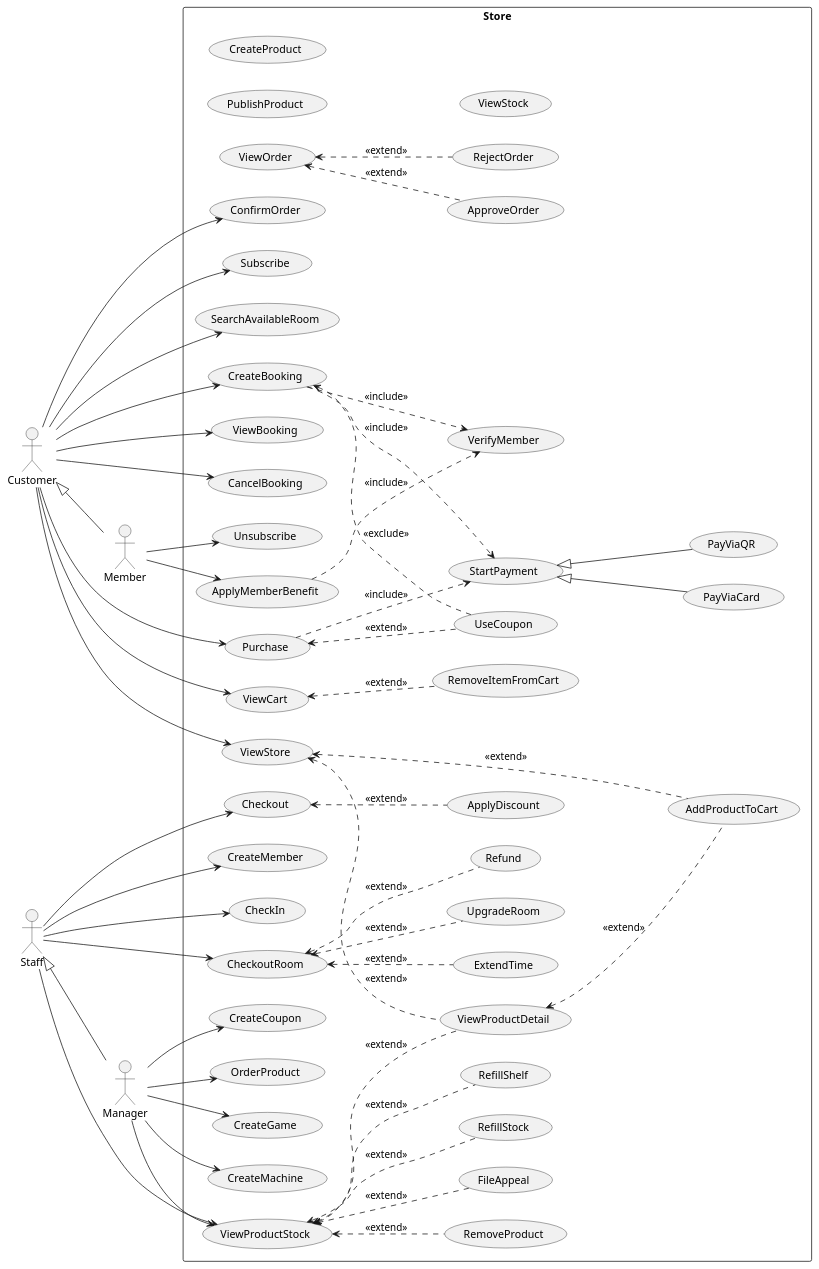
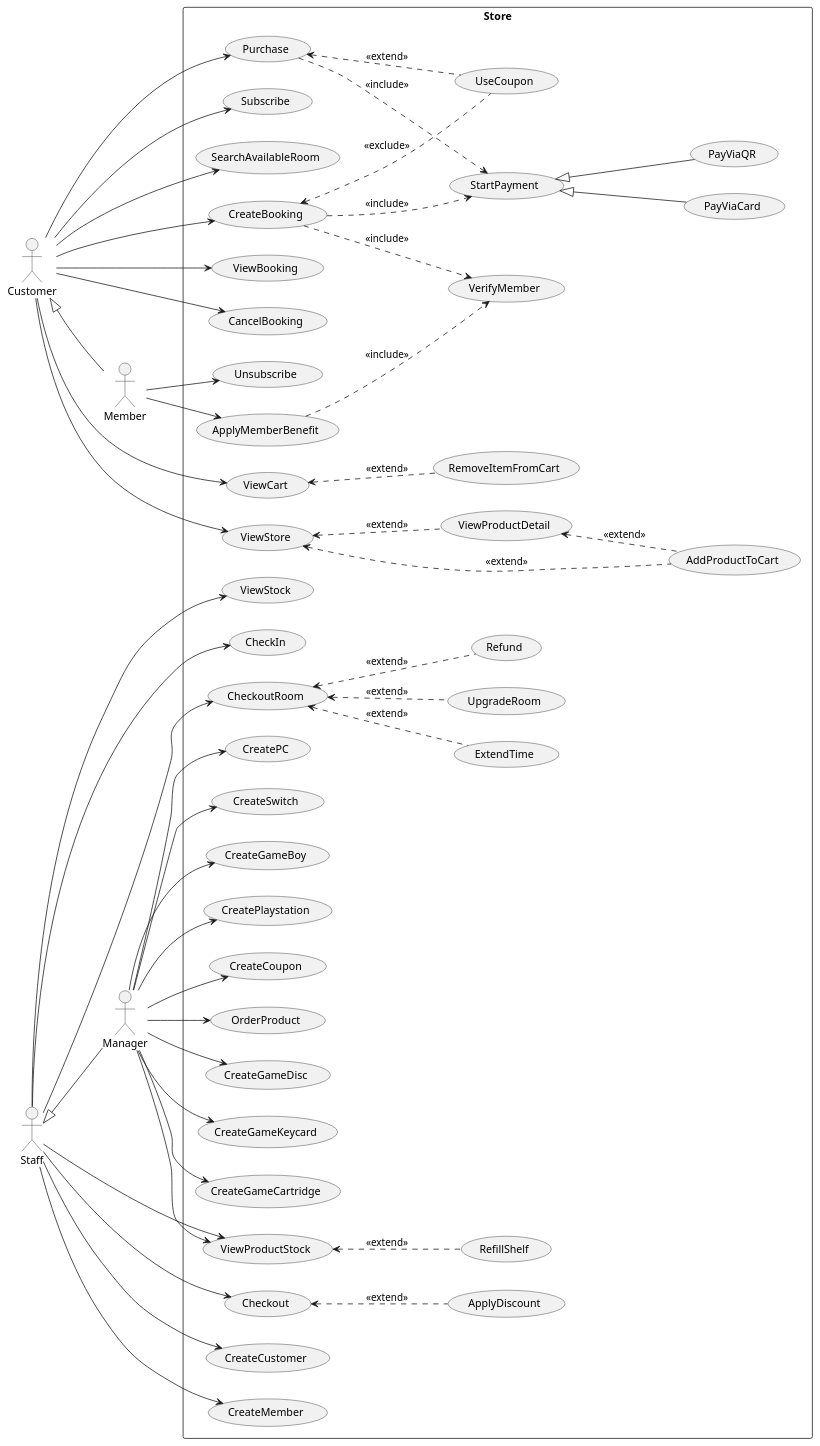
One commit to WaroonRagwongsiri/OOP_Project changed the diagram in UseCaseDiagram/usecase_diagram.puml. Above: the diagram before and after it, drawn with PlantUML. The commit also changed 3 other files, not shown here.

```diff
--- a/UseCaseDiagram/usecase_diagram.puml
+++ b/UseCaseDiagram/usecase_diagram.puml
@@ -1,142 +1,133 @@
 @startuml UseCaseDiagram
 left to right direction
 
 ' =========================
 ' Actors (from hierarchy in Class Diagram)
 ' =========================
 actor "Customer" as A_Customer
 actor "Member" as A_Member
 actor "Staff" as A_Staff
 actor "Manager" as A_Manager
 
 A_Customer <|-- A_Member
 A_Staff <|-- A_Manager
 
 rectangle "Store" {
 
 	'Customer'
 	usecase "AddProductToCart" as UC_AddProductToCart
 	usecase "ViewCart" as UC_ViewCart
 	usecase "RemoveItemFromCart" as UC_RemoveItemFromCart
 	usecase "ViewStore" as UC_ViewStore
 	usecase "ViewProductDetail" as UC_ViewProductDetail
 	usecase "Purchase" as UC_Purchase
 	usecase "UseCoupon" as UC_UseCoupon
-	usecase "ConfirmOrder" as UC_ConfirmOrder
 	usecase "Subscribe" as UC_Subscribe
 
 	'Payment'
 	usecase "StartPayment" as UC_StartPayment
 	usecase "PayViaCard" as UC_PayViaCard
 	usecase "PayViaQR" as UC_PayViaQR
 
 	'Member'
 	usecase "ApplyMemberBenefit" as UC_ApplyMemberBenefit
 	usecase "VerifyMember" as UC_VerifyMember
 	usecase "Unsubscribe" as UC_Unsubscribe
 
-	'Manufacturer'
-	usecase "PublishProduct" as UC_PublishProduct
-	usecase "ViewProductStock" as UC_ViewProductStock
-	usecase "ViewProductDetail" as UC_ViewProductDetail
-	usecase "RemoveProduct" as UC_RemoveProduct
-	usecase "FileAppeal" as UC_FileAppeal
-	usecase "ViewOrder" as UC_ViewOrder
-	usecase "ApproveOrder" as UC_ApproveOrder
-	usecase "RejectOrder" as UC_RejectOrder
-	usecase "CreateProduct" as UC_CreateProduct
-	usecase "RefillStock" as UC_RefillStock
-
 	'Staff'
 	usecase "Checkout" as UC_Checkout
 	usecase "ApplyDiscount" as UC_ApplyDiscount
+	usecase "CreateCustomer" as UC_CreateCustomer
 	usecase "CreateMember" as UC_CreateMember
 
 	'Manager'
-	usecase "CreateGame" as UC_CreateGame
-	usecase "CreateMachine" as UC_CreateMachine
+	usecase "CreateGameDisc" as UC_CreateGameDisc
+	usecase "CreateGameKeycard" as UC_CreateGameKeycard
+	usecase "CreateGameCartridge" as UC_CreateGameCartridge
+	usecase "CreatePC" as UC_CreatePC
+	usecase "CreateSwitch" as UC_CreateSwitch
+	usecase "CreateGameBoy" as UC_CreateGameBoy
+	usecase "CreatePlaystation" as UC_CreatePlaystation
 	usecase "ViewProductStock" as UC_ViewProductStock
 	usecase "RefillShelf" as UC_RefillShelf
 	usecase "CreateCoupon" as UC_CreateCoupon
 	usecase "OrderProduct" as UC_OrderProduct
 	usecase "ViewStock" as UC_ViewStock
 
 	'Room Booking'
 	usecase "SearchAvailableRoom" as UC_SearchAvailableRoom
 	usecase "CreateBooking" as UC_CreateBooking
 	usecase "ViewBooking" as UC_ViewBooking
 	usecase "CancelBooking" as UC_CancelBooking
 	usecase "CheckIn" as UC_CheckIn
 	usecase "ExtendTime" as UC_ExtendTime
 	usecase "UpgradeRoom" as UC_UpgradeRoom
 	usecase "CheckoutRoom" as UC_CheckoutRoom
 	usecase "Refund" as UC_Refund
 }
 
 'Customer'
 A_Customer --> UC_ViewCart
 A_Customer --> UC_ViewStore
 A_Customer --> UC_Purchase
-A_Customer --> UC_ConfirmOrder
 A_Customer --> UC_Subscribe
 
 UC_ViewStore <.. UC_AddProductToCart : <<extend>>
 UC_ViewStore <.. UC_ViewProductDetail : <<extend>>
 
 UC_ViewProductDetail <.. UC_AddProductToCart : <<extend>>
 
 UC_ViewCart <.. UC_RemoveItemFromCart : <<extend>>
 
 UC_Purchase <.. UC_UseCoupon : <<extend>>
 UC_Purchase ..> UC_StartPayment : <<include>>
 
 'Payment'
 UC_StartPayment <|-- UC_PayViaCard
 UC_StartPayment <|-- UC_PayViaQR
 
 'Member'
 A_Member --> UC_ApplyMemberBenefit
 A_Member --> UC_Unsubscribe
 
 UC_ApplyMemberBenefit ..> UC_VerifyMember : <<include>>
 
-UC_ViewOrder <.. UC_ApproveOrder : <<extend>>
-UC_ViewOrder <.. UC_RejectOrder : <<extend>>
-
-UC_ViewProductStock <.. UC_RemoveProduct : <<extend>>
-UC_ViewProductStock <.. UC_ViewProductDetail : <<extend>>
-UC_ViewProductStock <.. UC_FileAppeal : <<extend>>
-UC_ViewProductStock <.. UC_RefillStock : <<extend>>
-
 'Staff'
 A_Staff --> UC_Checkout
 A_Staff --> UC_ViewProductStock
+A_Staff --> UC_CreateCustomer
 A_Staff --> UC_CreateMember
 A_Staff --> UC_CheckIn
 A_Staff --> UC_CheckoutRoom
+A_Staff --> UC_ViewStock
 
 UC_CheckoutRoom <.. UC_Refund : <<extend>>
 UC_CheckoutRoom <.. UC_ExtendTime : <<extend>>
 UC_CheckoutRoom <.. UC_UpgradeRoom : <<extend>>
 
 UC_Checkout <.. UC_ApplyDiscount : <<extend>>
 UC_ViewProductStock <.. UC_RefillShelf : <<extend>>
 
 'Manager'
 A_Manager --> UC_CreateCoupon
 A_Manager --> UC_ViewProductStock
-A_Manager --> UC_CreateGame
-A_Manager --> UC_CreateMachine
+A_Manager --> UC_CreateGameDisc
+A_Manager --> UC_CreateGameKeycard
+A_Manager --> UC_CreateGameCartridge
+A_Manager --> UC_CreatePC
+A_Manager --> UC_CreateSwitch
+A_Manager --> UC_CreateGameBoy
+A_Manager --> UC_CreatePlaystation
 A_Manager --> UC_OrderProduct
 
 'Customer / Member booking
 A_Customer --> UC_SearchAvailableRoom
 A_Customer --> UC_CreateBooking
 A_Customer --> UC_ViewBooking
 A_Customer --> UC_CancelBooking
 
 UC_CreateBooking ..> UC_VerifyMember : <<include>>
 UC_CreateBooking ..> UC_StartPayment : <<include>>
 UC_CreateBooking <.. UC_UseCoupon : <<exclude>>
 
 @enduml
```
